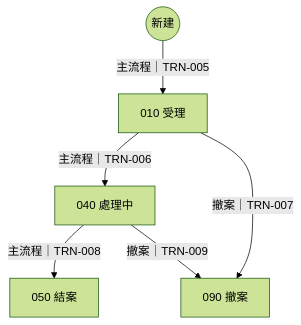
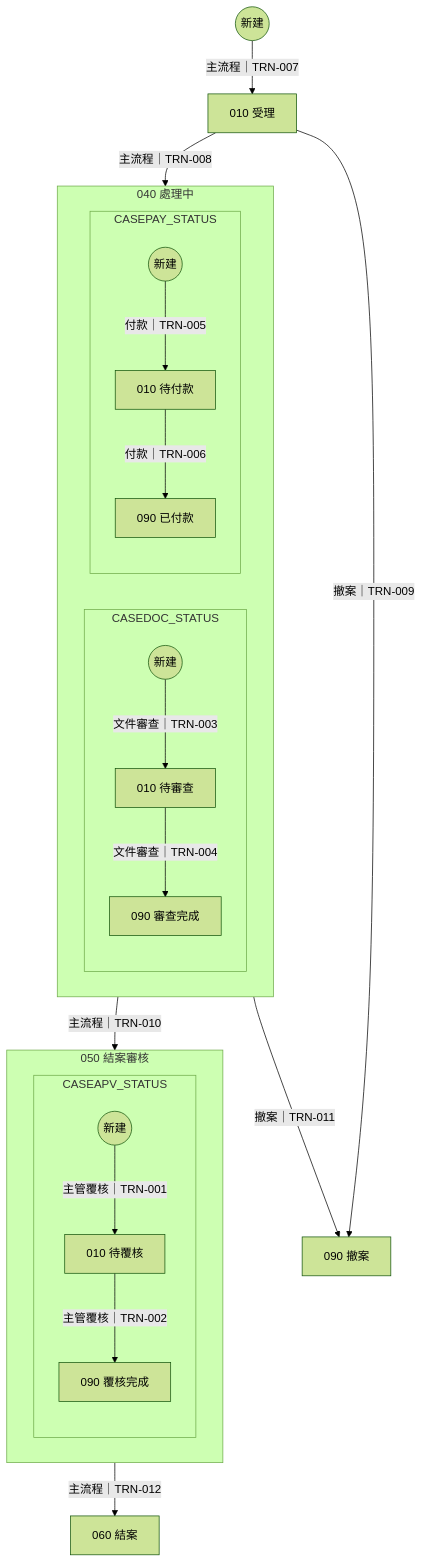
Before and after one commit to jonny50905/MCPSample: the second of 2 diagrams in docs/design/spec-schema-framework/examples/gate/rendered/04-workflow.md, drawn with Mermaid (forest theme). The commit also changed other lines of this file and 44 other files, not shown here.

First line of the commit message:
docs(design): issue #37 依管理者回覆補上線上描述、多段圖對應與說明區域處置

````diff
--- a/docs/design/spec-schema-framework/examples/gate/rendered/04-workflow.md
+++ b/docs/design/spec-schema-framework/examples/gate/rendered/04-workflow.md
@@ -39,13 +47,38 @@
 ```mermaid
 flowchart TD
+    subgraph N040 [040 處理中]
+        subgraph G040_1 [CASEDOC_STATUS]
+            S040_1((新建))
+            R040_1_010["010 待審查"]
+            R040_1_090["090 審查完成"]
+            S040_1 -->|文件審查｜TRN-003| R040_1_010
+            R040_1_010 -->|文件審查｜TRN-004| R040_1_090
+        end
+        subgraph G040_2 [CASEPAY_STATUS]
+            S040_2((新建))
+            R040_2_010["010 待付款"]
+            R040_2_090["090 已付款"]
+            S040_2 -->|付款｜TRN-005| R040_2_010
+            R040_2_010 -->|付款｜TRN-006| R040_2_090
+        end
+    end
+    subgraph N050 [050 結案審核]
+        subgraph G050_1 [CASEAPV_STATUS]
+            S050_1((新建))
+            R050_1_010["010 待覆核"]
+            R050_1_090["090 覆核完成"]
+            S050_1 -->|主管覆核｜TRN-001| R050_1_010
+            R050_1_010 -->|主管覆核｜TRN-002| R050_1_090
+        end
+    end
     START((新建))
     N010["010 受理"]
-    N040["040 處理中"]
-    N050["050 結案"]
+    N060["060 結案"]
     N090["090 撤案"]
-    START -->|主流程｜TRN-005| N010
-    N010 -->|主流程｜TRN-006| N040
-    N040 -->|主流程｜TRN-008| N050
-    N010 -->|撤案｜TRN-007| N090
-    N040 -->|撤案｜TRN-009| N090
+    START -->|主流程｜TRN-007| N010
+    N010 -->|主流程｜TRN-008| N040
+    N040 -->|主流程｜TRN-010| N050
+    N050 -->|主流程｜TRN-012| N060
+    N010 -->|撤案｜TRN-009| N090
+    N040 -->|撤案｜TRN-011| N090
 ```
````
